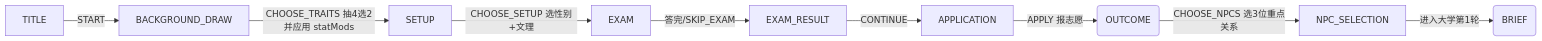
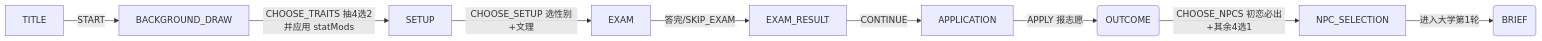
One commit to sonnyHenry/life-simulator-2014 changed the second of 7 diagrams in TECH_ARCHITECTURE.md. Above: the diagram before and after it, drawn with Mermaid. The commit also changed other lines of this file and 13 other files, not shown here.

````diff
--- a/TECH_ARCHITECTURE.md
+++ b/TECH_ARCHITECTURE.md
@@ -158,11 +158,11 @@
 ```mermaid
 flowchart LR
     TITLE -->|START| BACKGROUND_DRAW
     BACKGROUND_DRAW -->|CHOOSE_TRAITS 抽4选2并应用 statMods| SETUP
     SETUP -->|CHOOSE_SETUP 选性别+文理| EXAM
     EXAM -->|答完/SKIP_EXAM| EXAM_RESULT
     EXAM_RESULT -->|CONTINUE| APPLICATION
     APPLICATION -->|APPLY 报志愿| O1(OUTCOME)
-    O1 -->|CHOOSE_NPCS 选3位重点关系| NPC_SELECTION
+    O1 -->|CHOOSE_NPCS 初恋必出+其余4选1| NPC_SELECTION
     NPC_SELECTION -->|进入大学第1轮| BRIEF1(BRIEF)
 ```
````
